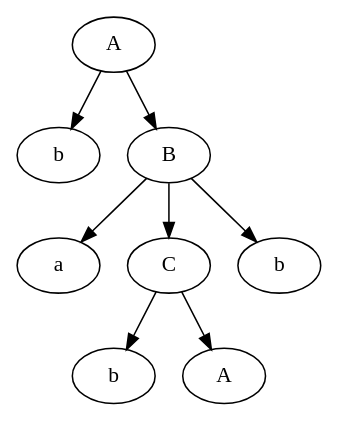
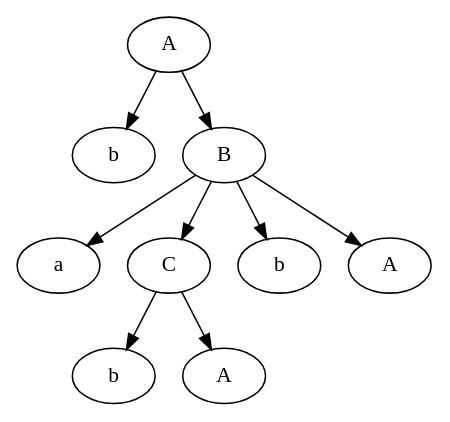
Before and after one commit to Barashkov-GO/tfl_lab3: the diagram in results/test5_A.gv, drawn with Graphviz. The commit also changed 12 other files, not shown here.

```diff
--- a/results/test5_A.gv
+++ b/results/test5_A.gv
@@ -1,18 +1,20 @@
 digraph G {
 	0[label="A"]
 	1[label="b"]
-	7[label="B"]
+	8[label="B"]
 	2[label="a"]
 	5[label="C"]
 	3[label="b"]
 	4[label="A"]
 	5->3
 	5->4
 	6[label="b"]
-	7->2
-	7->5
-	7->6
+	7[label="A"]
+	8->2
+	8->5
+	8->6
+	8->7
 	0->1
-	0->7
+	0->8
 
 }
```
